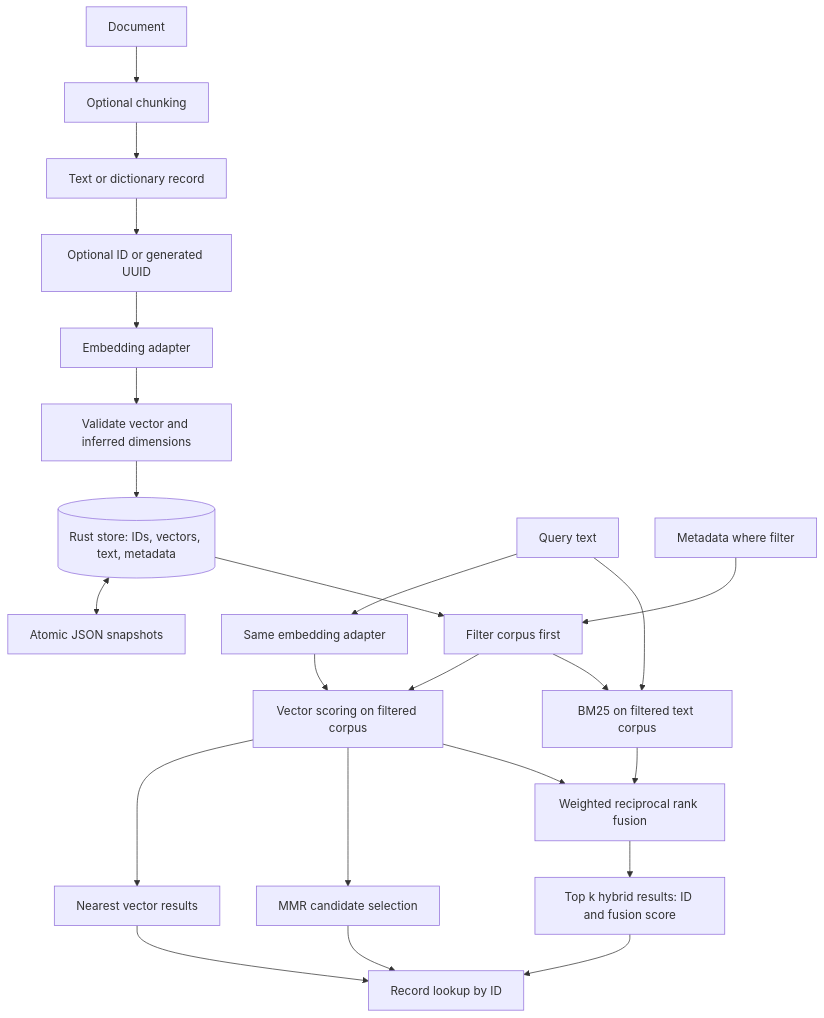
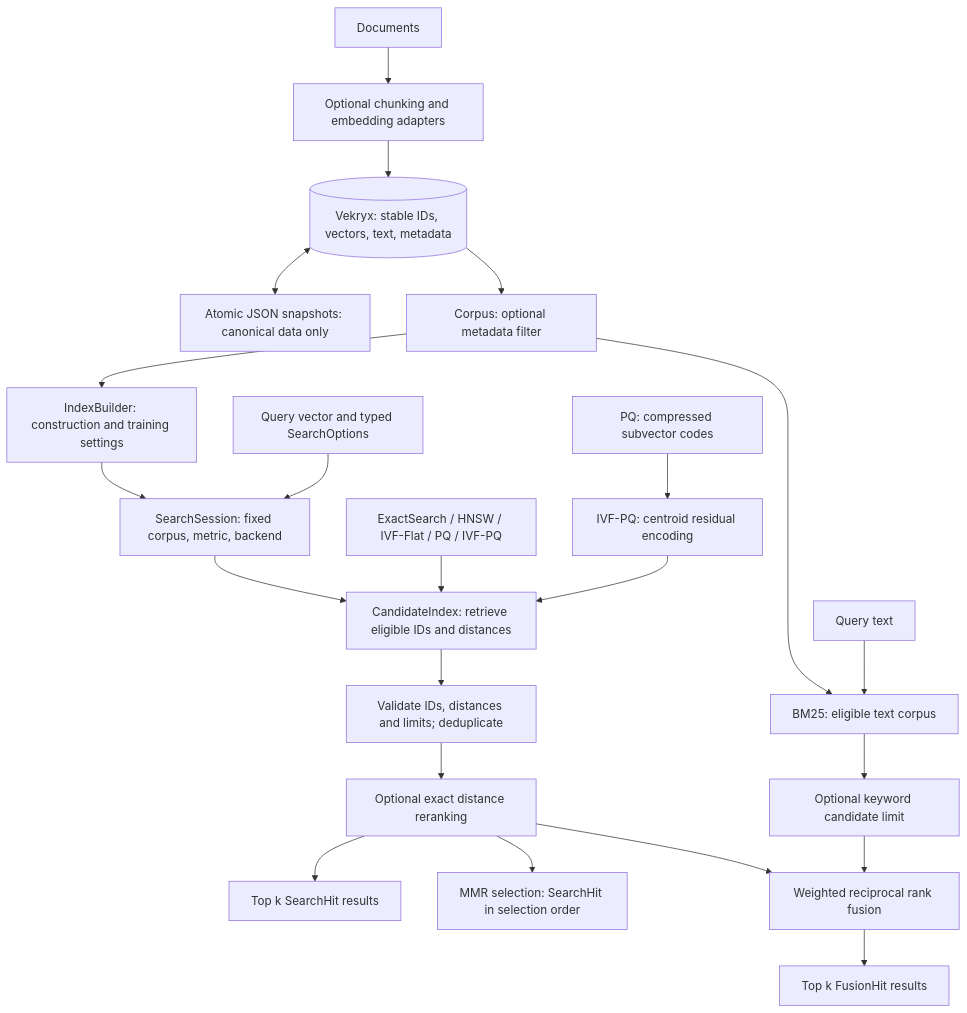
Before and after one commit to SuleymanSuleymanzade/Vekryx: the first of 2 diagrams in README.md, drawn with Mermaid. The commit also changed other lines of this file and 24 other files, not shown here.

Commit message:
Add extensible search with HNSW IVF and product quantization

````diff
--- a/README.md
+++ b/README.md
@@ -221,25 +225,24 @@
 ```mermaid
 flowchart TD
-    D[Document] --> C[Optional chunking]
-    C --> T[Text or dictionary record]
-    T --> ID[Optional ID or generated UUID]
-    ID --> E[Embedding adapter]
-    E --> V[Validate vector and inferred dimensions]
-    V --> S[(Rust store: IDs, vectors, text, metadata)]
-    S <--> P[Atomic JSON snapshots]
-    Q[Query text] --> QE[Same embedding adapter]
-    W[Metadata where filter] --> F[Filter corpus first]
-    S --> F
-    QE --> VS[Vector scoring on filtered corpus]
-    F --> VS
-    F --> BM[BM25 on filtered text corpus]
-    Q --> BM
-    VS --> NN[Nearest vector results]
-    VS --> M[MMR candidate selection]
-    VS --> R[Weighted reciprocal rank fusion]
-    BM --> R
-    R --> H[Top k hybrid results: ID and fusion score]
-    NN --> L[Record lookup by ID]
-    M --> L
-    H --> L
+    D[Documents] --> C[Optional chunking and embedding adapters]
+    C --> S[(Vekryx: stable IDs, vectors, text, metadata)]
+    S <--> P[Atomic JSON snapshots: canonical data only]
+    S --> F[Corpus: optional metadata filter]
+    F --> B[IndexBuilder: construction and training settings]
+    B --> I[SearchSession: fixed corpus, metric, backend]
+    Q[Query vector and typed SearchOptions] --> I
+    I --> R[CandidateIndex: retrieve eligible IDs and distances]
+    EX[ExactSearch / HNSW / IVF-Flat / PQ / IVF-PQ] --> R
+    PQ[PQ: compressed subvector codes] --> IP[IVF-PQ: centroid residual encoding]
+    IP --> R
+    R --> V[Validate IDs, distances and limits; deduplicate]
+    V --> E[Optional exact distance reranking]
+    E --> K[Top k SearchHit results]
+    E --> M[MMR selection: SearchHit in selection order]
+    E --> H[Weighted reciprocal rank fusion]
+    F --> BM[BM25: eligible text corpus]
+    T[Query text] --> BM
+    BM --> L[Optional keyword candidate limit]
+    L --> H
+    H --> FH[Top k FusionHit results]
 ```
````
